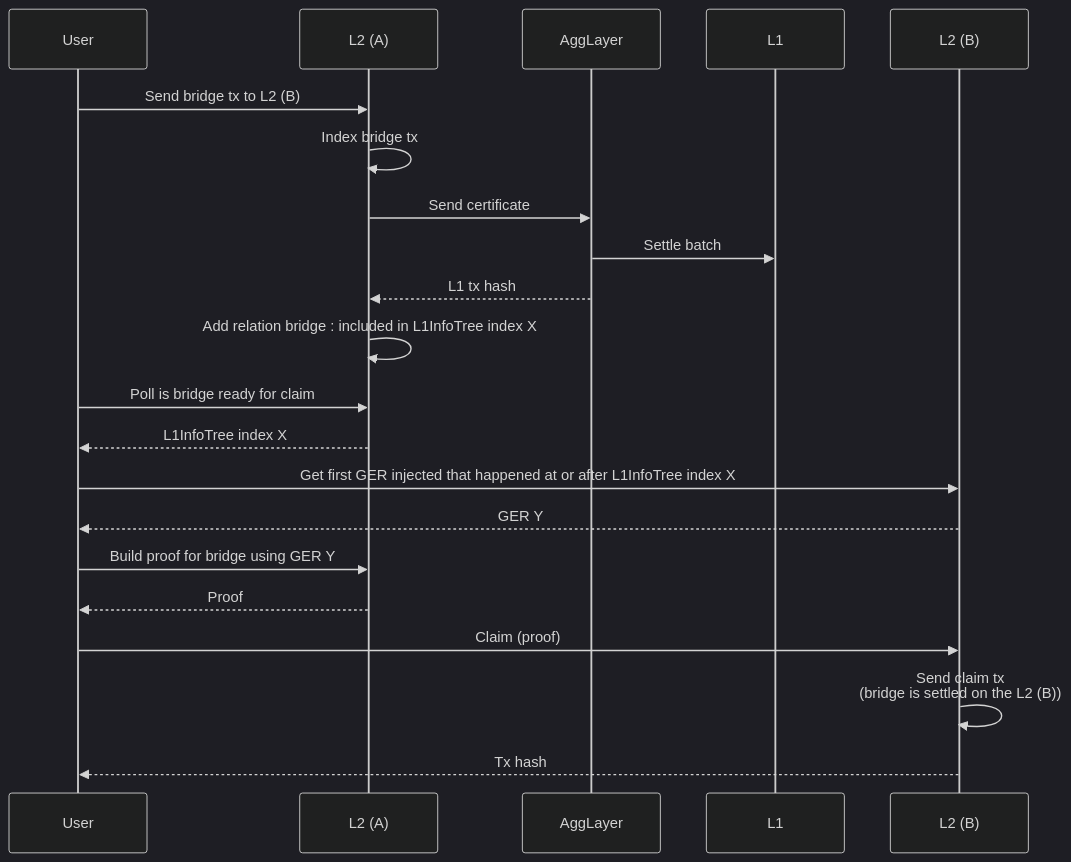
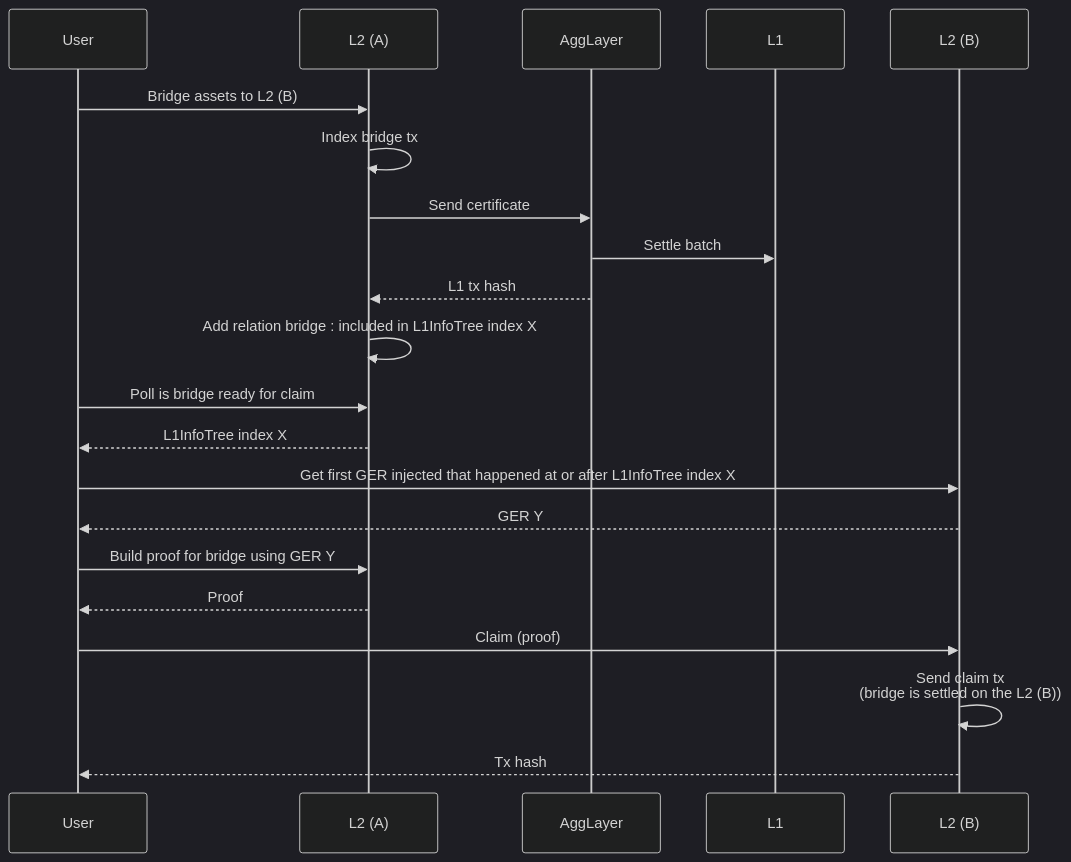
Before and after one commit to agglayer/aggkit: the first of 2 diagrams in docs/bridge_service.md, drawn with Mermaid (dark theme). The commit also changed other lines of this file, not shown here.

````diff
--- a/docs/bridge_service.md
+++ b/docs/bridge_service.md
@@ -9,18 +9,18 @@
 ```mermaid
 sequenceDiagram
-User->>L2 (A): Send bridge tx to L2 (B)
+User->>L2 (A): Bridge assets to L2 (B)
 L2 (A)->>L2 (A): Index bridge tx
 L2 (A)->>AggLayer: Send certificate
 AggLayer->>L1: Settle batch
 AggLayer-->>L2 (A): L1 tx hash
 L2 (A)->>L2 (A): Add relation bridge : included in L1InfoTree index X
 User->>L2 (A): Poll is bridge ready for claim
 L2 (A)-->>User: L1InfoTree index X
 User->>L2 (B): Get first GER injected that happened at or after L1InfoTree index X
 L2 (B)-->>User: GER Y
 User->>L2 (A): Build proof for bridge using GER Y
 L2 (A)-->>User: Proof
 User->>L2 (B): Claim (proof)
 L2 (B)->>L2 (B): Send claim tx<br/>(bridge is settled on the L2 (B))
 L2 (B)-->>User: Tx hash
 ```
````
